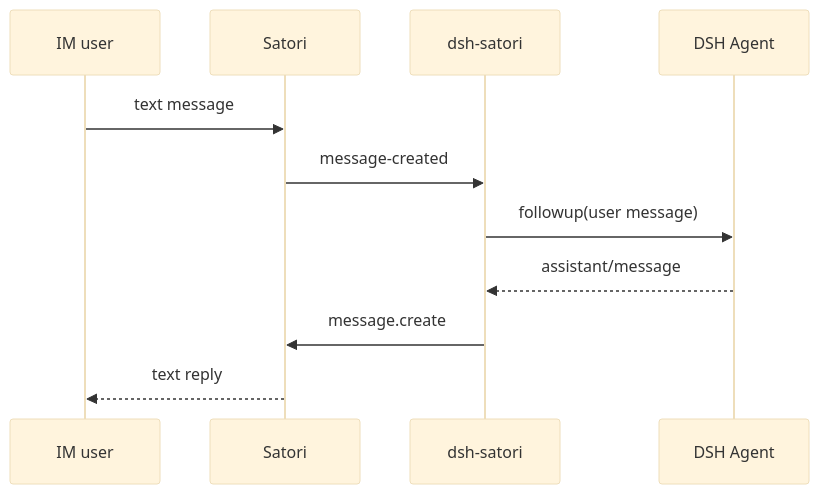
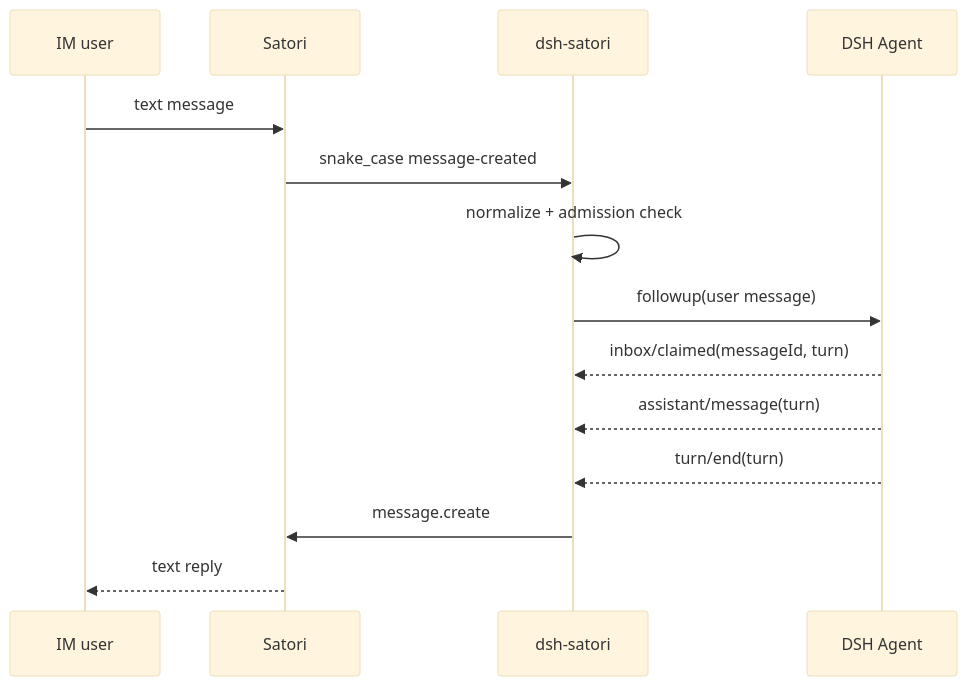
Before and after one commit to Ri0n72Y/dsh-satori: the second of 2 diagrams in README.md, drawn with Mermaid (base theme). The commit also changed other lines of this file and 19 other files, not shown here.

````diff
--- a/README.md
+++ b/README.md
@@ -116,14 +158,17 @@
 ```mermaid
 sequenceDiagram
     participant IM as IM user
     participant S as Satori
     participant P as dsh-satori
     participant D as DSH Agent
 
     IM->>S: text message
-    S->>P: message-created
+    S->>P: snake_case message-created
+    P->>P: normalize + admission check
     P->>D: followup(user message)
-    D-->>P: assistant/message
+    D-->>P: inbox/claimed(messageId, turn)
+    D-->>P: assistant/message(turn)
+    D-->>P: turn/end(turn)
     P->>S: message.create
     S-->>IM: text reply
 ```
````
